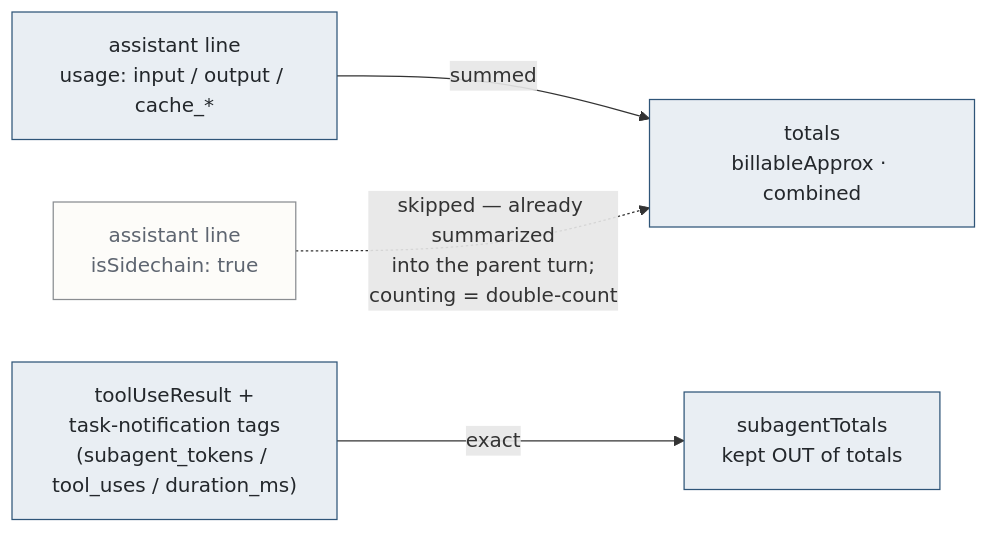
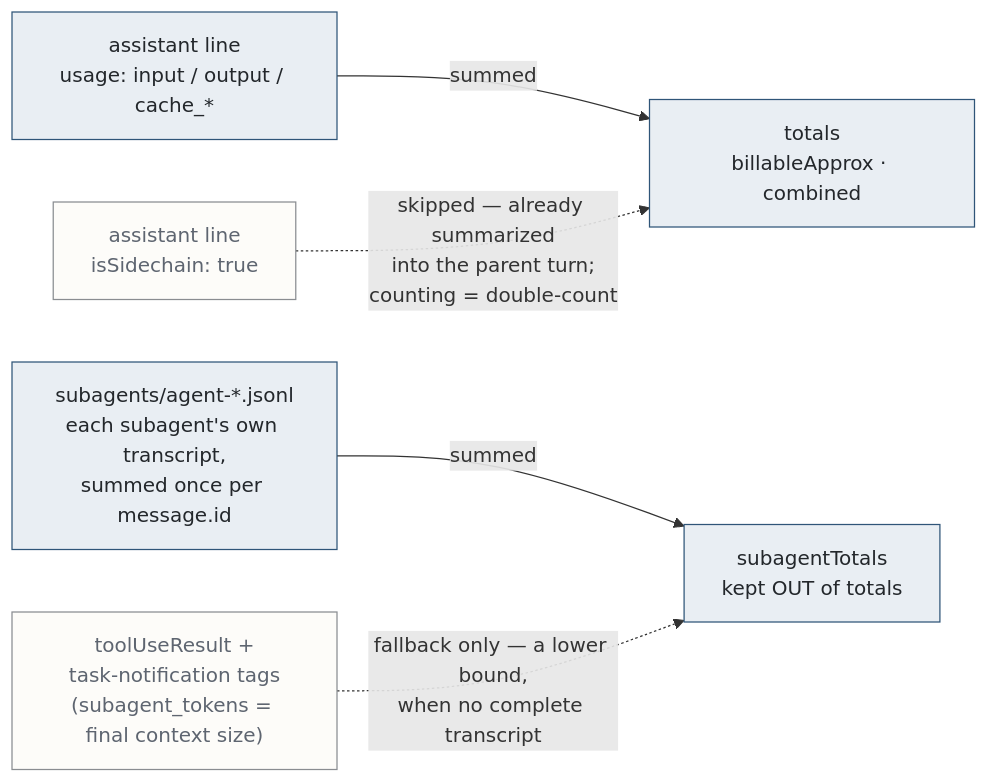
The fifth of 6 diagrams in docs/learning-notes/kaizen-and-analytics-diagrams.md (futin/claude-agents-dashboard), drawn with Mermaid before and after one commit. The commit also changed other lines of this file and 42 other files, not shown here.

````diff
--- a/docs/learning-notes/kaizen-and-analytics-diagrams.md
+++ b/docs/learning-notes/kaizen-and-analytics-diagrams.md
@@ -155,11 +155,12 @@
 ```mermaid
 flowchart LR
     A["assistant line<br/>usage: input / output / cache_*"] -->|"summed"| T["totals<br/>billableApprox · combined"]
     B["assistant line<br/>isSidechain: true"] -.->|"skipped — already summarized<br/>into the parent turn;<br/>counting = double-count"| T
-    R["toolUseResult +<br/>task-notification tags<br/>(subagent_tokens / tool_uses / duration_ms)"] -->|"exact"| S["subagentTotals<br/>kept OUT of totals"]
+    R["subagents/agent-*.jsonl<br/>each subagent's own transcript,<br/>summed once per message.id"] -->|"summed"| S["subagentTotals<br/>kept OUT of totals"]
+    H["toolUseResult +<br/>task-notification tags<br/>(subagent_tokens = final context size)"] -.->|"fallback only — a lower bound,<br/>when no complete transcript"| S
 
     classDef exact fill:#E9EEF3,stroke:#2F5578,color:#23272B
     classDef skip fill:#FDFCF9,stroke:#8A8D91,color:#5E6570
     class A,T,R,S exact
-    class B skip
+    class B,H skip
 ```
````
